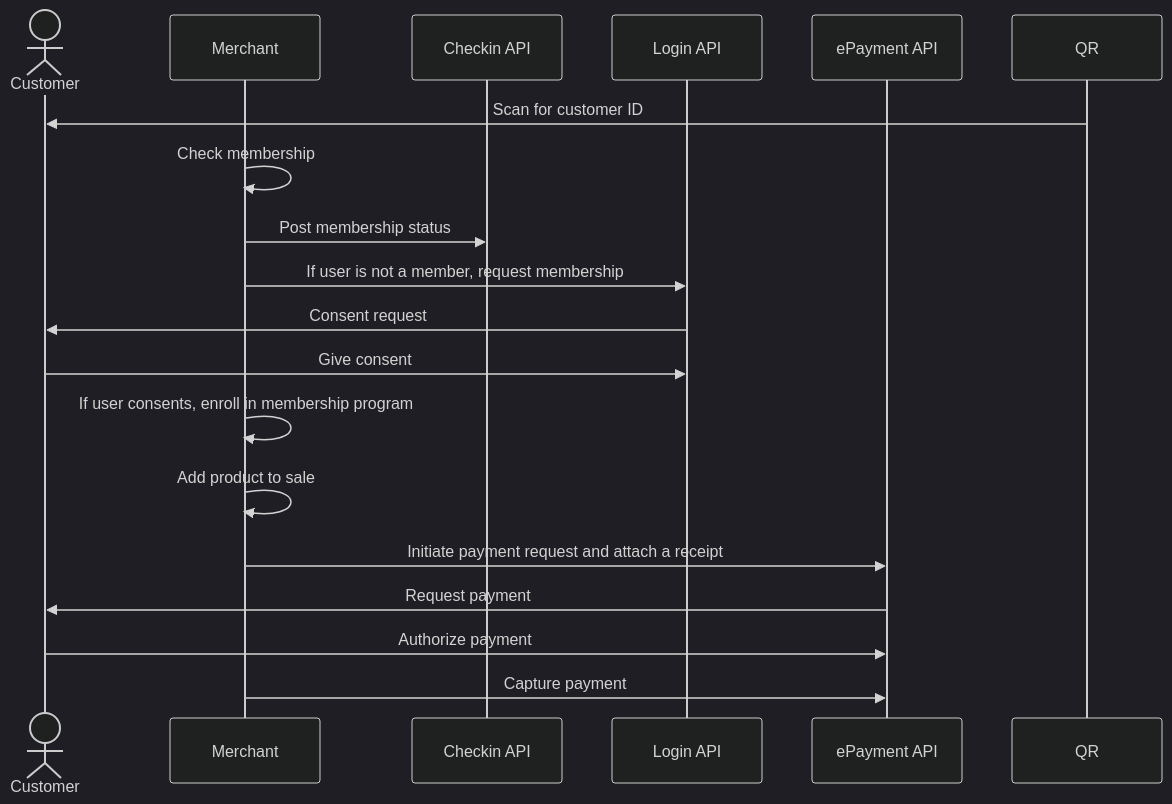
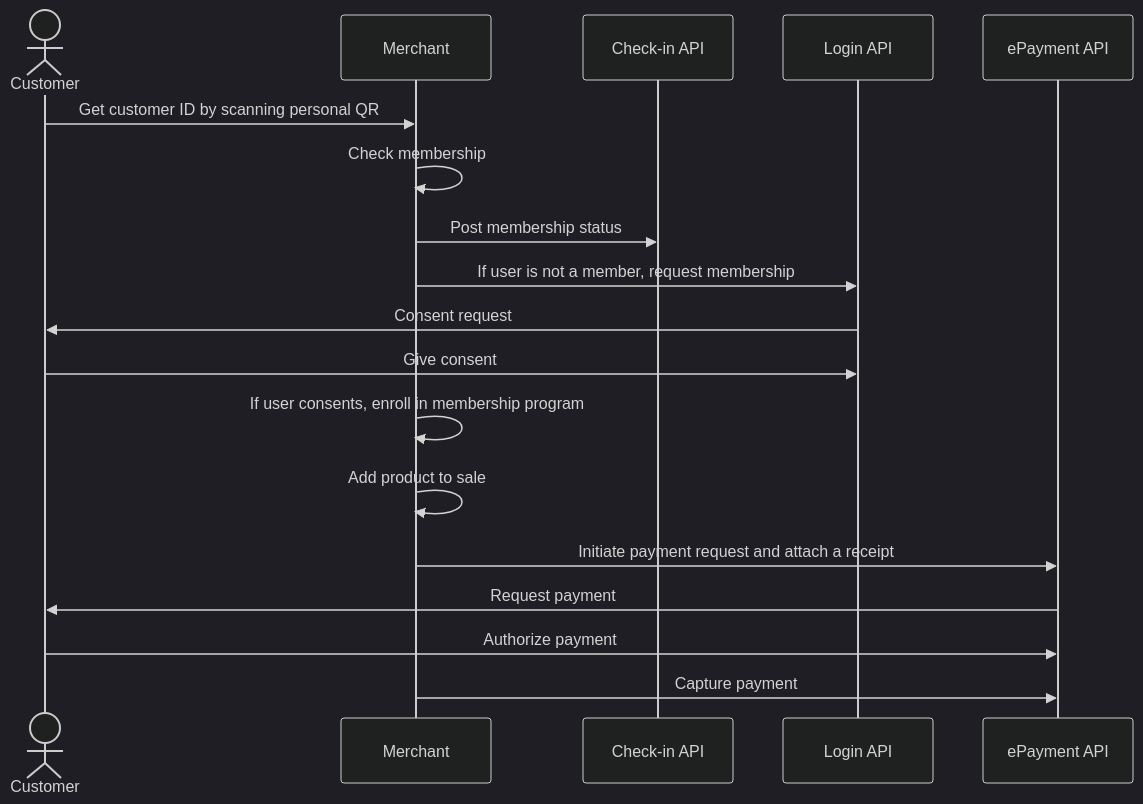
The diagram in loyalty-in-pos/README.md (vippsas/vipps-solutions), drawn with Mermaid (dark theme) before and after one commit. The commit also changed 1 other file, not shown here.

Commit message:
personal qr scan doesn't use qr api

````diff
--- a/loyalty-in-pos/README.md
+++ b/loyalty-in-pos/README.md
@@ -218,21 +218,21 @@
 ``` mermaid
 sequenceDiagram
     actor C as Customer
     participant M as Merchant
-    participant checkin as Checkin API
+    participant checkin as Check-in API
     participant login as Login API
     participant ePayment as ePayment API
 
-    QR->>C: Scan for customer ID
+    C->>M: Get customer ID by scanning personal QR
     M->>M: Check membership
     M->>checkin: Post membership status
     M->>login: If user is not a member, request membership
     login->>C: Consent request
     C->>login: Give consent
     M->>M: If user consents, enroll in membership program
     M->>M: Add product to sale
     M->>ePayment: Initiate payment request and attach a receipt
     ePayment->>C: Request payment
     C->>ePayment: Authorize payment
     M->>ePayment: Capture payment
 ```
````
